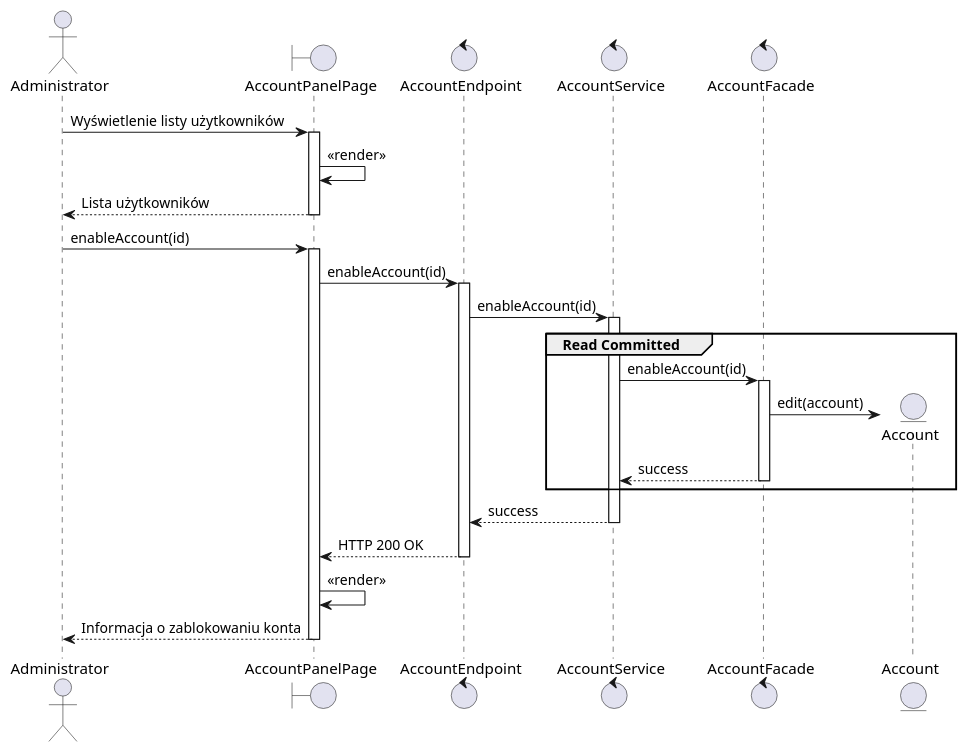
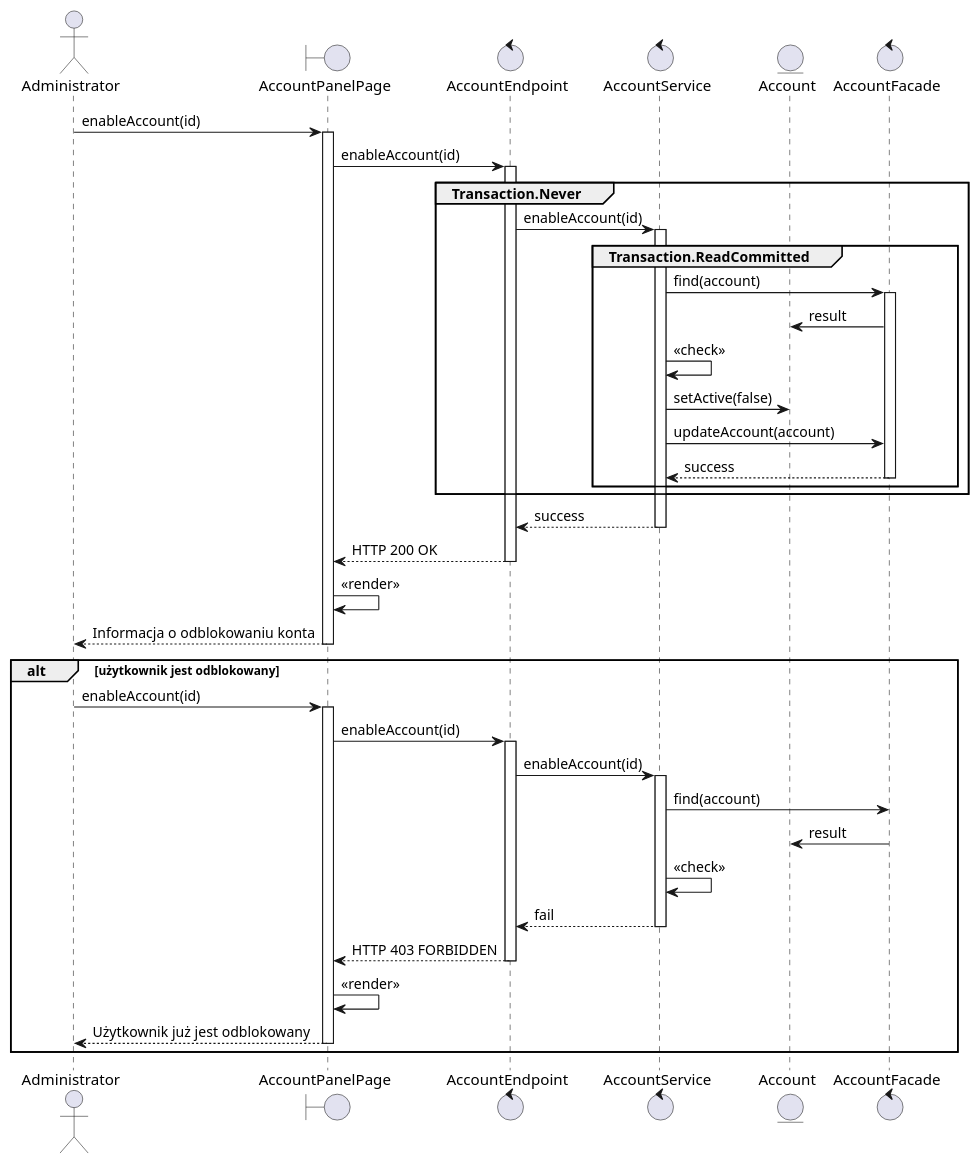
Before and after one commit to TheVivent-Politechnika-Lodzka/ssbd03_kic_uml: the diagram in src/rozdział 7/mok4.puml, drawn with PlantUML. The commit also changed 1 other file, not shown here.

```diff
--- a/src/rozdział 7/mok4.puml
+++ b/src/rozdział 7/mok4.puml
@@ -1,31 +1,45 @@
 @startuml
 
 actor Administrator as admin
 boundary AccountPanelPage as gui
 control AccountEndpoint as controller
 control AccountService as service
+entity Account as account
 control AccountFacade as facade
-' control EntityManager as entitymanager
-entity Account as account
-' database "Baza danych" as db
 
-admin -> gui ++ : Wyświetlenie listy użytkowników
-gui -> gui : <<render>>
-return Lista użytkowników
+
 
 admin -> gui ++ : enableAccount(id)
 gui -> controller ++ : enableAccount(id)
-controller -> service ++ : enableAccount(id) 
-
-group Read Committed
-    service -> facade ++ : enableAccount(id)
-    facade -> account ** : edit(account)
-return success
+group Transaction.Never
+    controller -> service ++ : enableAccount(id) 
+    group Transaction.ReadCommitted
+        service -> facade ++ : find(account)
+        facade -> account : result
+        service -> service : <<check>>
+        service -> account : setActive(false)
+        service -> facade : updateAccount(account)
+        return success
+    end
 end
 
 return success
 return HTTP 200 OK
 gui -> gui : <<render>>
-return Informacja o zablokowaniu konta
+return Informacja o odblokowaniu konta
+
+alt użytkownik jest odblokowany
+    admin -> gui ++ : enableAccount(id)
+    gui -> controller ++ : enableAccount(id)
+    controller -> service ++ : enableAccount(id)
+        service -> facade: find(account)
+        facade -> account  : result
+        service -> service : <<check>>
+return fail
+return HTTP 403 FORBIDDEN
+gui -> gui : <<render>>
+return Użytkownik już jest odblokowany
+end
+
 
 @enduml
```
